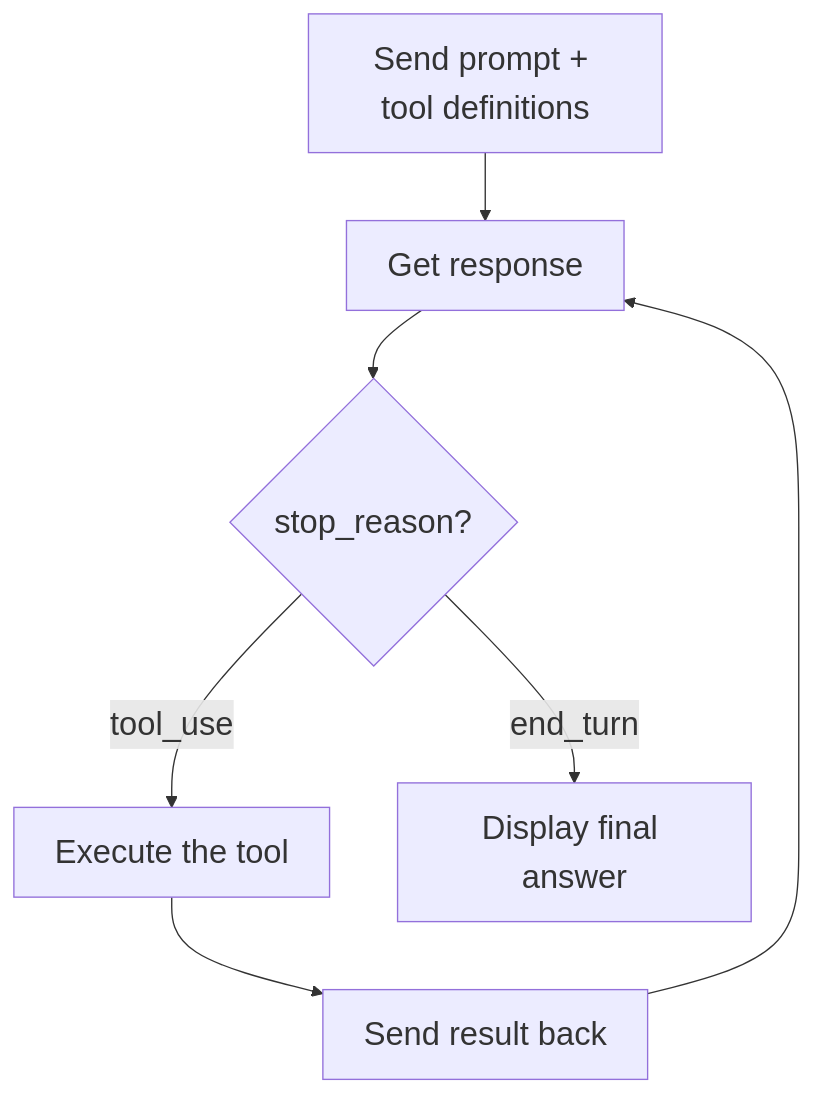
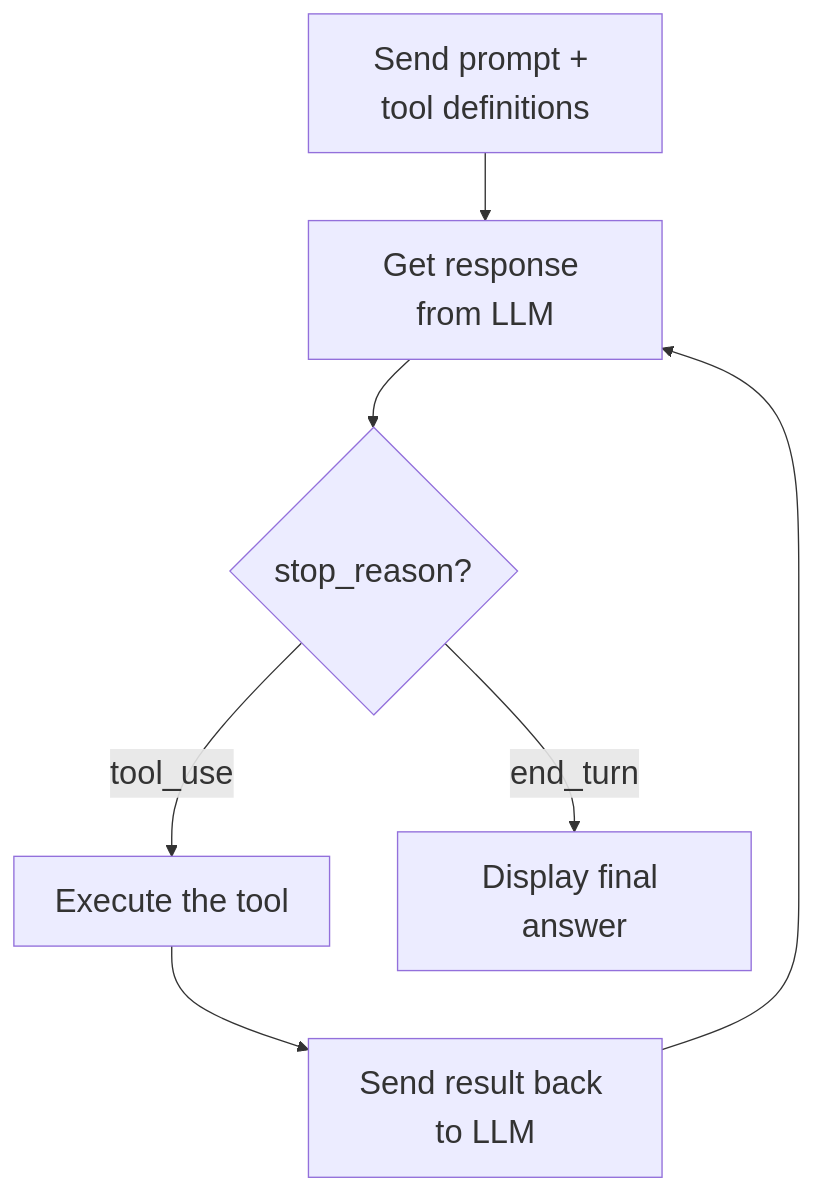
The first of 2 diagrams in slides/m15-agents-tools.qmd (kerryback/mgmt675), drawn with Mermaid before and after one commit. The commit also changed other lines of this file and 1 other file, not shown here.

````diff
--- a/slides/m15-agents-tools.qmd
+++ b/slides/m15-agents-tools.qmd
@@ -126,10 +329,10 @@
 ```{mermaid}
 %%{init: {'theme': 'default', 'themeVariables': {'fontSize': '24px'}}}%%
 flowchart TB
-    A["Send prompt + tool definitions"] --> B["Get response"]
+    A["Send prompt + tool definitions"] --> B["Get response from LLM"]
     B --> C{"stop_reason?"}
     C -->|"tool_use"| D["Execute the tool"]
-    D --> E["Send result back"]
+    D --> E["Send result back to LLM"]
     E --> B
     C -->|"end_turn"| F["Display final answer"]
 ```
````
